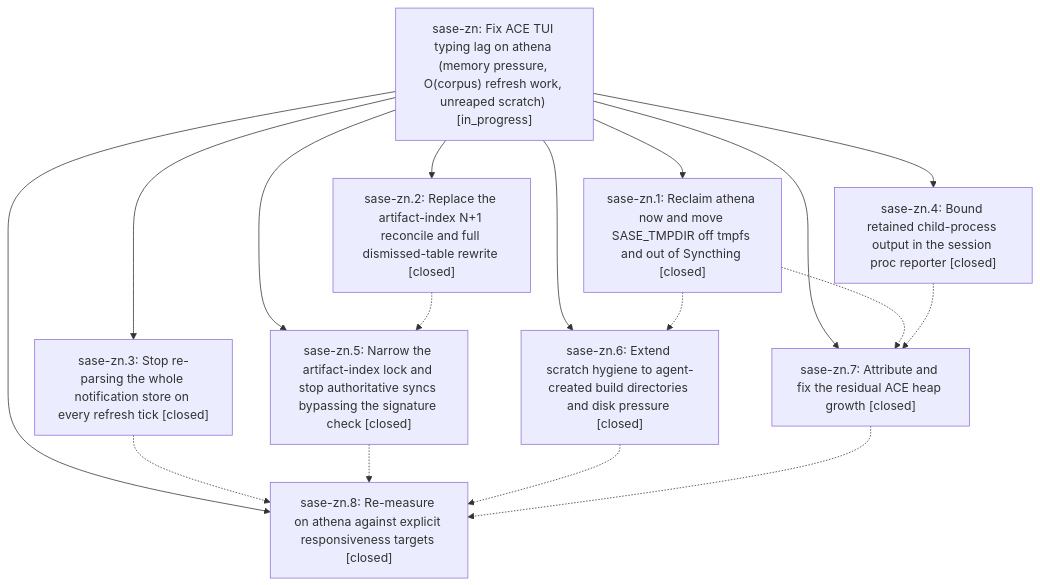
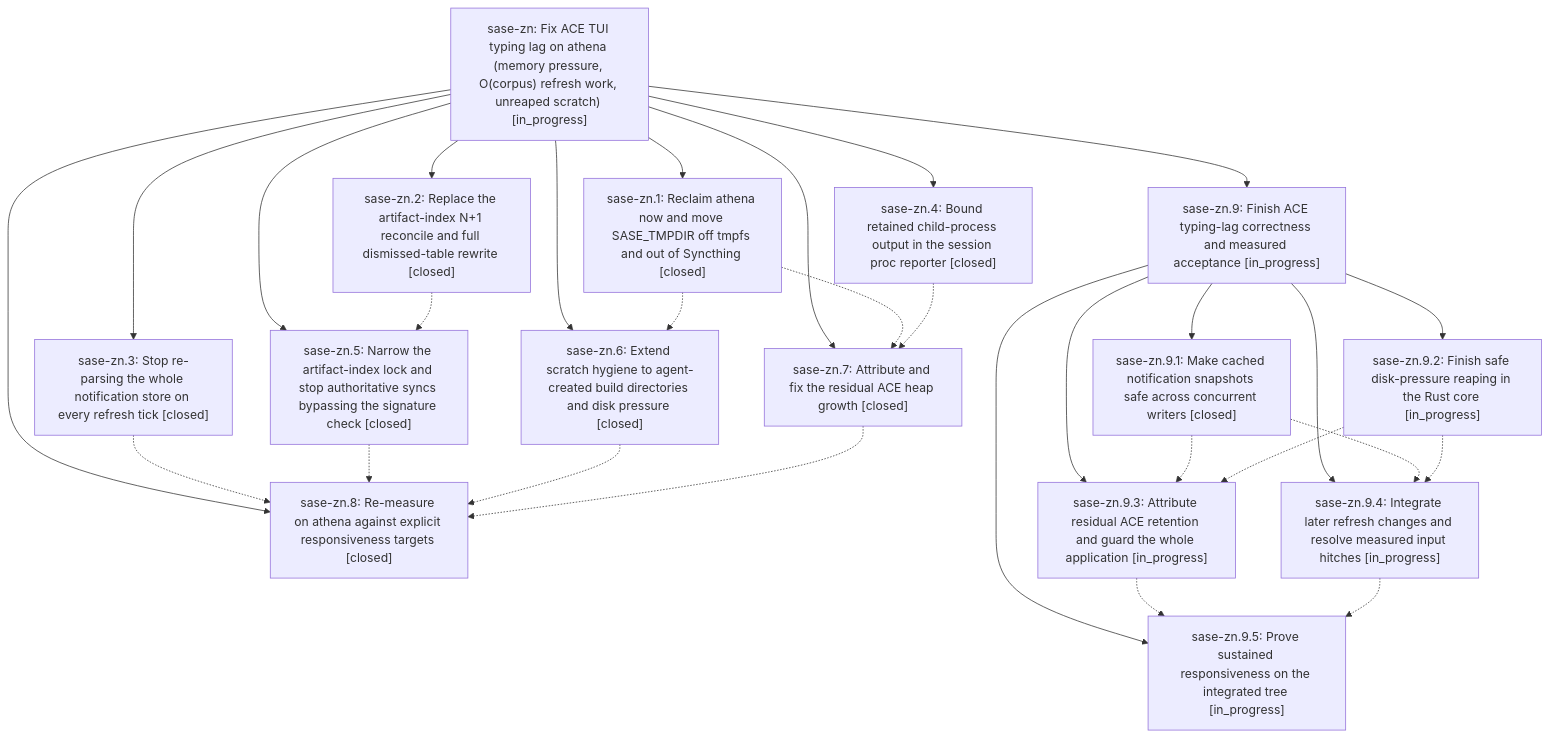
The diagram in pages/sase-zn/README.md (sase-org/sase--beads), drawn with Mermaid before and after one commit. The commit also changed other lines of this file and 8 other files, not shown here.

````diff
--- a/pages/sase-zn/README.md
+++ b/pages/sase-zn/README.md
@@ -41,28 +63,46 @@
 ```mermaid
 flowchart TD
     n0["sase-zn: Fix ACE TUI typing lag on athena (memory pressure, O(corpus) refresh work, unreaped scratch) [in_progress]"]
     n1["sase-zn.1: Reclaim athena now and move SASE_TMPDIR off tmpfs and out of Syncthing [closed]"]
     n2["sase-zn.2: Replace the artifact-index N+1 reconcile and full dismissed-table rewrite [closed]"]
     n3["sase-zn.3: Stop re-parsing the whole notification store on every refresh tick [closed]"]
     n4["sase-zn.4: Bound retained child-process output in the session proc reporter [closed]"]
     n5["sase-zn.5: Narrow the artifact-index lock and stop authoritative syncs bypassing the signature check [closed]"]
     n6["sase-zn.6: Extend scratch hygiene to agent-created build directories and disk pressure [closed]"]
     n7["sase-zn.7: Attribute and fix the residual ACE heap growth [closed]"]
     n8["sase-zn.8: Re-measure on athena against explicit responsiveness targets [closed]"]
+    n9["sase-zn.9: Finish ACE typing-lag correctness and measured acceptance [in_progress]"]
+    n10["sase-zn.9.1: Make cached notification snapshots safe across concurrent writers [closed]"]
+    n11["sase-zn.9.2: Finish safe disk-pressure reaping in the Rust core [in_progress]"]
+    n12["sase-zn.9.3: Attribute residual ACE retention and guard the whole application [in_progress]"]
+    n13["sase-zn.9.4: Integrate later refresh changes and resolve measured input hitches [in_progress]"]
+    n14["sase-zn.9.5: Prove sustained responsiveness on the integrated tree [in_progress]"]
     n0 --> n1
     n0 --> n2
     n0 --> n3
     n0 --> n4
     n0 --> n5
     n0 --> n6
     n0 --> n7
     n0 --> n8
+    n0 --> n9
+    n9 --> n10
+    n9 --> n11
+    n9 --> n12
+    n9 --> n13
+    n9 --> n14
     n1 -.-> n6
     n1 -.-> n7
     n2 -.-> n5
     n3 -.-> n8
     n4 -.-> n7
     n5 -.-> n8
     n6 -.-> n8
     n7 -.-> n8
+    n10 -.-> n12
+    n10 -.-> n13
+    n11 -.-> n12
+    n11 -.-> n13
+    n12 -.-> n14
+    n13 -.-> n14
 ```
````
